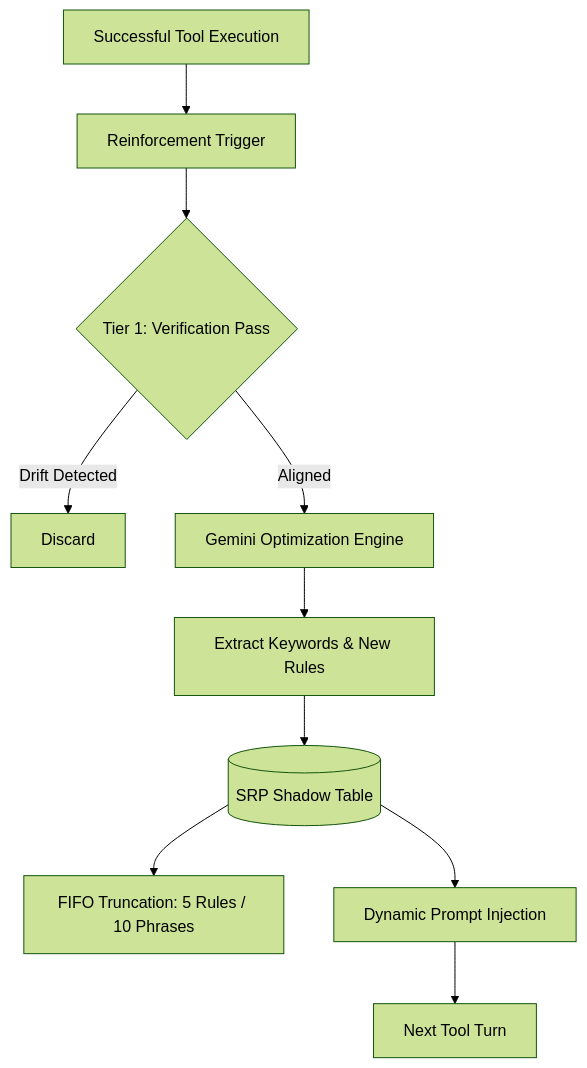
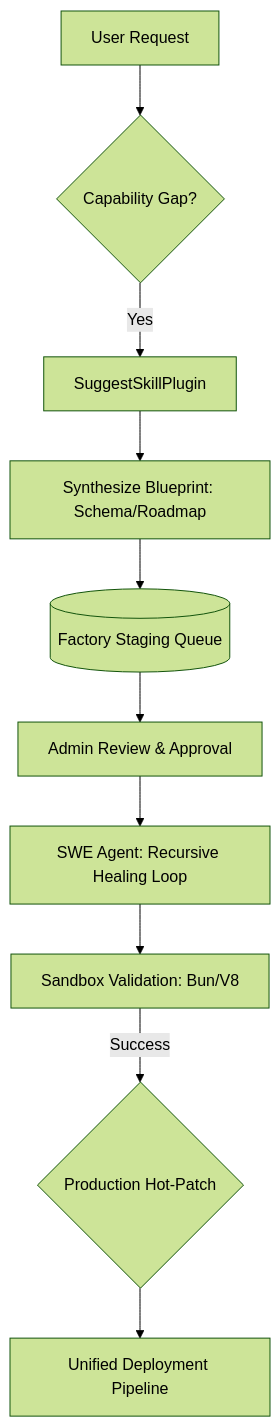
One commit to triandamai/nomi changed the seventh of 7 diagrams in README.md. Above: the diagram before and after it, drawn with Mermaid (forest theme). The commit also changed other lines of this file and 17 other files, not shown here.

Commit message:
feat: update self reinforcement,self create plugin

````diff
--- a/README.md
+++ b/README.md
@@ -179,12 +187,12 @@
 ```mermaid
 graph TD
-    Exec[Successful Tool Execution] --> Trigger[Reinforcement Trigger]
-    Trigger --> Pass{Tier 1: Verification Pass}
-    Pass -->|Drift Detected| Stop[Discard]
-    Pass -->|Aligned| Gemini[Gemini Optimization Engine]
-    Gemini --> Extract[Extract Keywords & New Rules]
-    Extract --> DB[(SRP Shadow Table)]
-    DB --> FIFO[FIFO Truncation: 5 Rules / 10 Phrases]
-    DB --> Hydrate[Dynamic Prompt Injection]
-    Hydrate --> Next[Next Tool Turn]
+    User[User Request] --> Gap{Capability Gap?}
+    Gap -->|Yes| Suggest[SuggestSkillPlugin]
+    Suggest --> Blueprint[Synthesize Blueprint: Schema/Roadmap]
+    Blueprint --> Staging[(Factory Staging Queue)]
+    Staging --> Review[Admin Review & Approval]
+    Review --> SWE[SWE Agent: Recursive Healing Loop]
+    SWE --> Sandbox[Sandbox Validation: Bun/V8]
+    Sandbox -->|Success| Production{Production Hot-Patch}
+    Production --> Deploy[Unified Deployment Pipeline]
 ```
````
